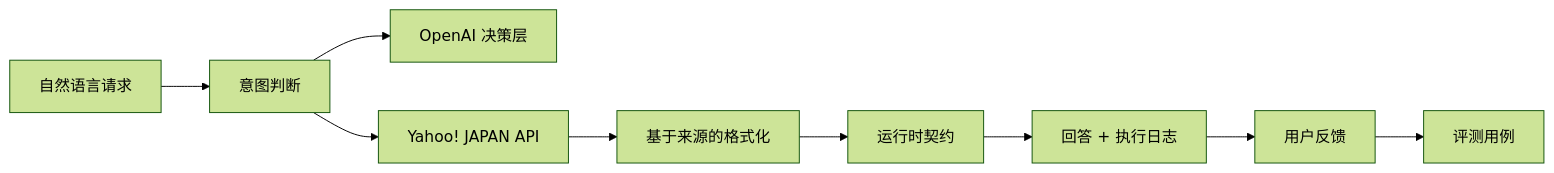
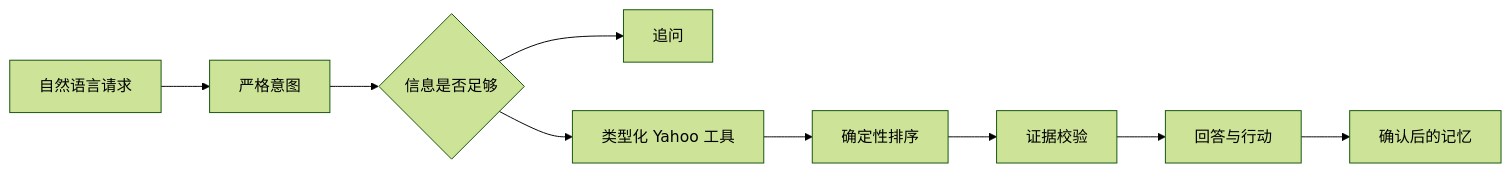
One commit to dragonwang71/agent-yh-prototype changed the diagram in docs/README.zh-CN.md. Above: the diagram before and after it, drawn with Mermaid (forest theme). The commit also changed other lines of this file and 69 other files, not shown here.

````diff
--- a/docs/README.zh-CN.md
+++ b/docs/README.zh-CN.md
@@ -26,11 +40,11 @@
 ```mermaid
 flowchart LR
-  Request["自然语言请求"] --> Intent["意图判断"]
-  Intent --> OpenAI["OpenAI 决策层"]
-  Intent --> Yahoo["Yahoo! JAPAN API"]
-  Yahoo --> Format["基于来源的格式化"]
-  Format --> Contract["运行时契约"]
-  Contract --> UI["回答 + 执行日志"]
-  UI --> Feedback["用户反馈"]
-  Feedback --> Harness["评测用例"]
+  Request["自然语言请求"] --> Intent["严格意图"]
+  Intent --> Context{"信息是否足够"}
+  Context --> Clarify["追问"]
+  Context --> Yahoo["类型化 Yahoo 工具"]
+  Yahoo --> Rank["确定性排序"]
+  Rank --> Evidence["证据校验"]
+  Evidence --> UI["回答与行动"]
+  UI --> Memory["确认后的记忆"]
 ```
````
